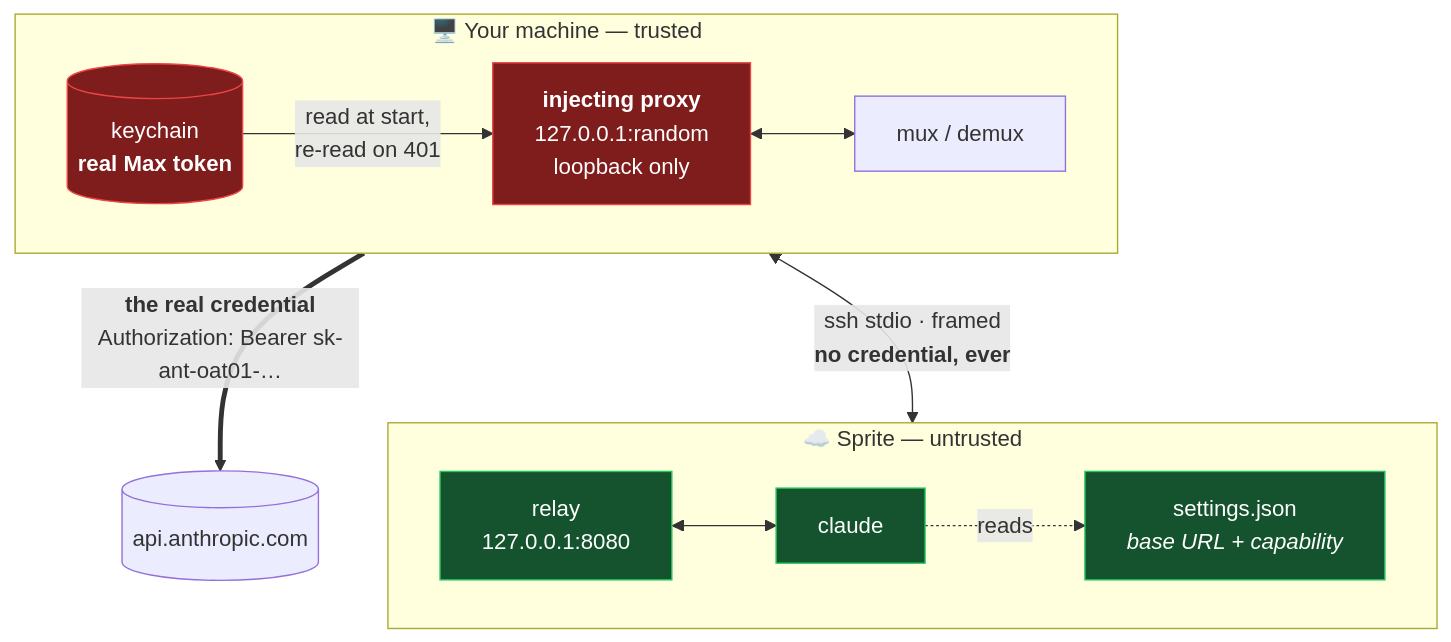
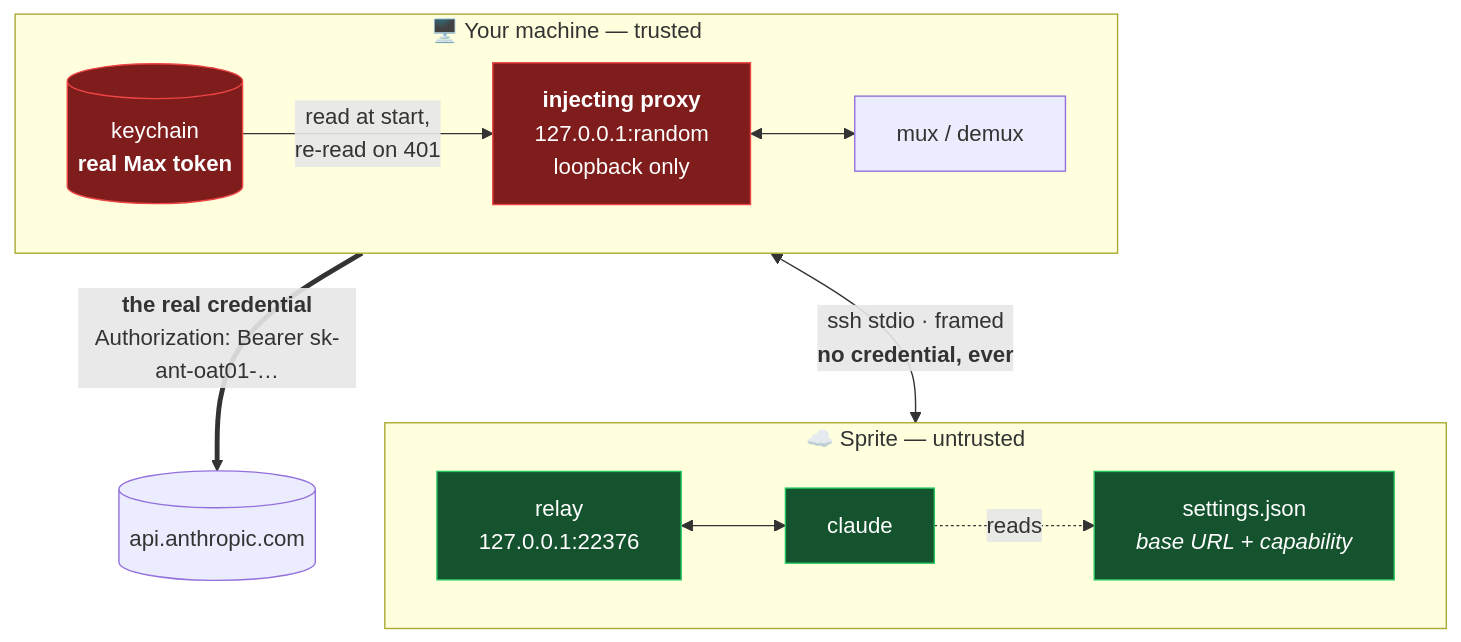
The first of 5 diagrams in README.md (metcalfc/imp), drawn with Mermaid before and after one commit. The commit also changed other lines of this file and 1 other file, not shown here.

````diff
--- a/README.md
+++ b/README.md
@@ -135,30 +135,30 @@
 ```mermaid
 flowchart TB
     subgraph home["🖥️  Your machine — trusted"]
         direction LR
         KC[("keychain<br/><b>real Max token</b>")]
         PX["<b>injecting proxy</b><br/>127.0.0.1:random<br/>loopback only"]
         MX["mux / demux"]
         KC -->|"read at start,<br/>re-read on 401"| PX
         PX <--> MX
     end
 
     API[("api.anthropic.com")]
 
     subgraph vm["☁️  Sprite — untrusted"]
         direction LR
-        RL["relay<br/>127.0.0.1:8080"]
+        RL["relay<br/>127.0.0.1:22376"]
         CC["claude"]
         SJ["settings.json<br/><i>base URL + capability</i>"]
         RL <--> CC
         CC -.->|reads| SJ
     end
 
     PX ==>|"<b>the real credential</b><br/>Authorization: Bearer sk-ant-oat01-…"| API
     MX <-->|"ssh stdio · framed<br/><b>no credential, ever</b>"| RL
 
     classDef secret fill:#7f1d1d,stroke:#ef4444,color:#fff
     classDef inert fill:#14532d,stroke:#22c55e,color:#fff
     class KC,PX secret
     class SJ,RL,CC inert
 ```
````
